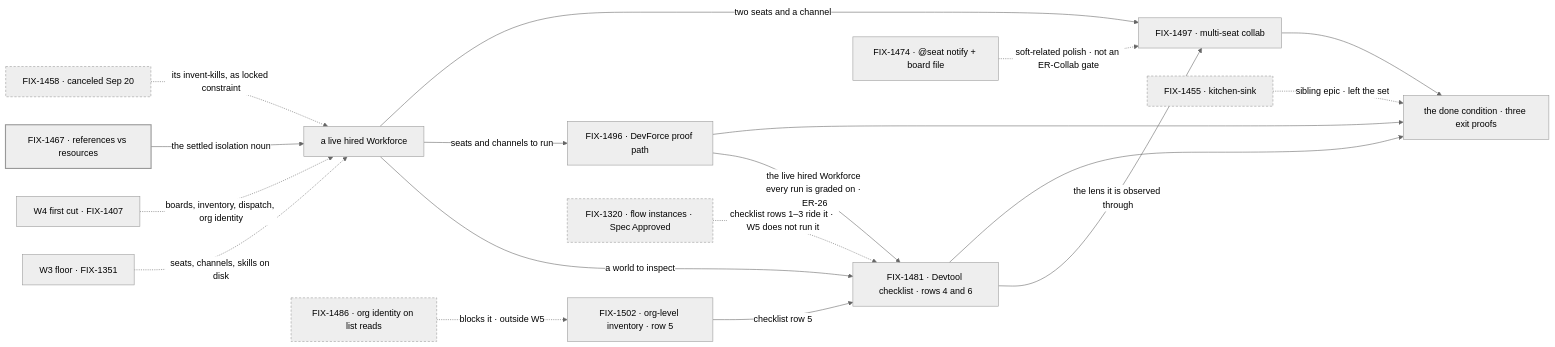
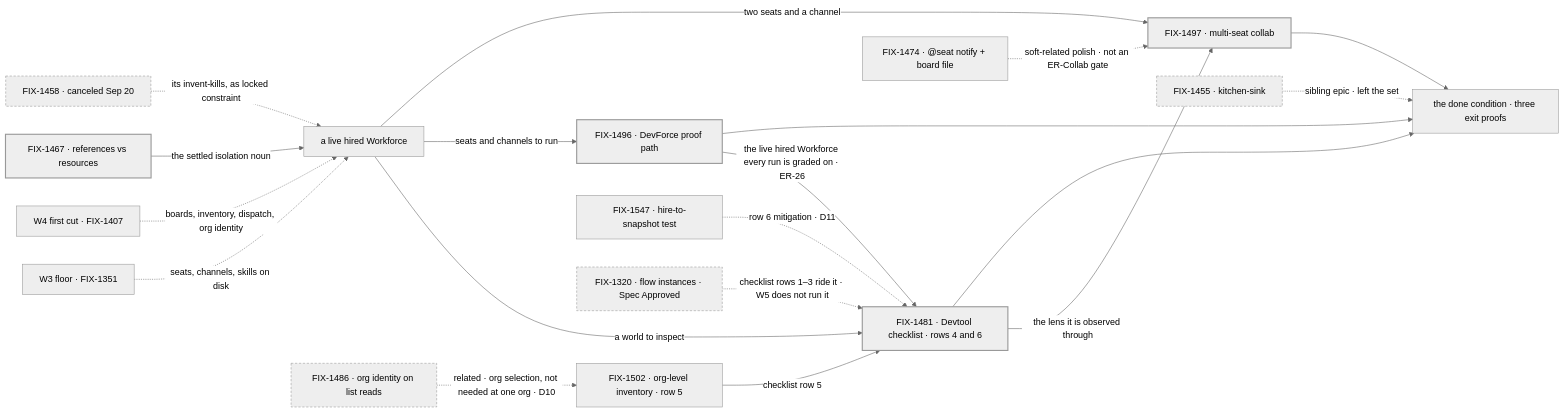
One commit to fixpoint-labs/flow-state-dev changed the diagram in specs/epics/FIX-1457/SPEC.md. Above: the diagram before and after it, drawn with Mermaid (neutral theme). The commit also changed other lines of this file and 9 other files, not shown here.

````diff
--- a/specs/epics/FIX-1457/SPEC.md
+++ b/specs/epics/FIX-1457/SPEC.md
@@ -73,24 +77,25 @@
 ```mermaid
 flowchart LR
   W3["W3 floor · FIX-1351"] -.->|"seats, channels, skills on disk"| S
   W4["W4 first cut · FIX-1407"] -.->|"boards, inventory, dispatch, org identity"| S
   R["FIX-1467 · references vs resources"] -->|"the settled isolation noun"| S["a live hired Workforce"]
   S -->|"a world to inspect"| T["FIX-1481 · Devtool checklist · rows 4 and 6"]
   S -->|"seats and channels to run"| F["FIX-1496 · DevForce proof path"]
   S -->|"two seats and a channel"| C["FIX-1497 · multi-seat collab"]
   F -->|"the live hired Workforce every run is graded on · ER-26"| T
   T -->|"the lens it is observed through"| C
   V["FIX-1502 · org-level inventory · row 5"] -->|"checklist row 5"| T
-  B["FIX-1486 · org identity on list reads"] -.->|"blocks it · outside W5"| V
+  B["FIX-1486 · org identity on list reads"] -.->|"related · org selection, not needed at one org · D10"| V
+  Q["FIX-1547 · hire-to-snapshot test"] -.->|"row 6 mitigation · D11"| T
   T --> P["the done condition · three exit proofs"]
   F --> P
   C --> P
   K["FIX-1455 · kitchen-sink"] -.->|"sibling epic · left the set"| P
   X["FIX-1458 · canceled Sep 20"] -.->|"its invent-kills, as locked constraint"| S
   I["FIX-1320 · flow instances · Spec Approved"] -.->|"checklist rows 1–3 ride it · W5 does not run it"| T
   N["FIX-1474 · @seat notify + board file"] -.->|"soft-related polish · not an ER-Collab gate"| C
   classDef done stroke-width:2px
   classDef proposed stroke-dasharray:4 3
-  class R done
+  class R,T,F,C done
   class K,X,I,B proposed
 ```
````
